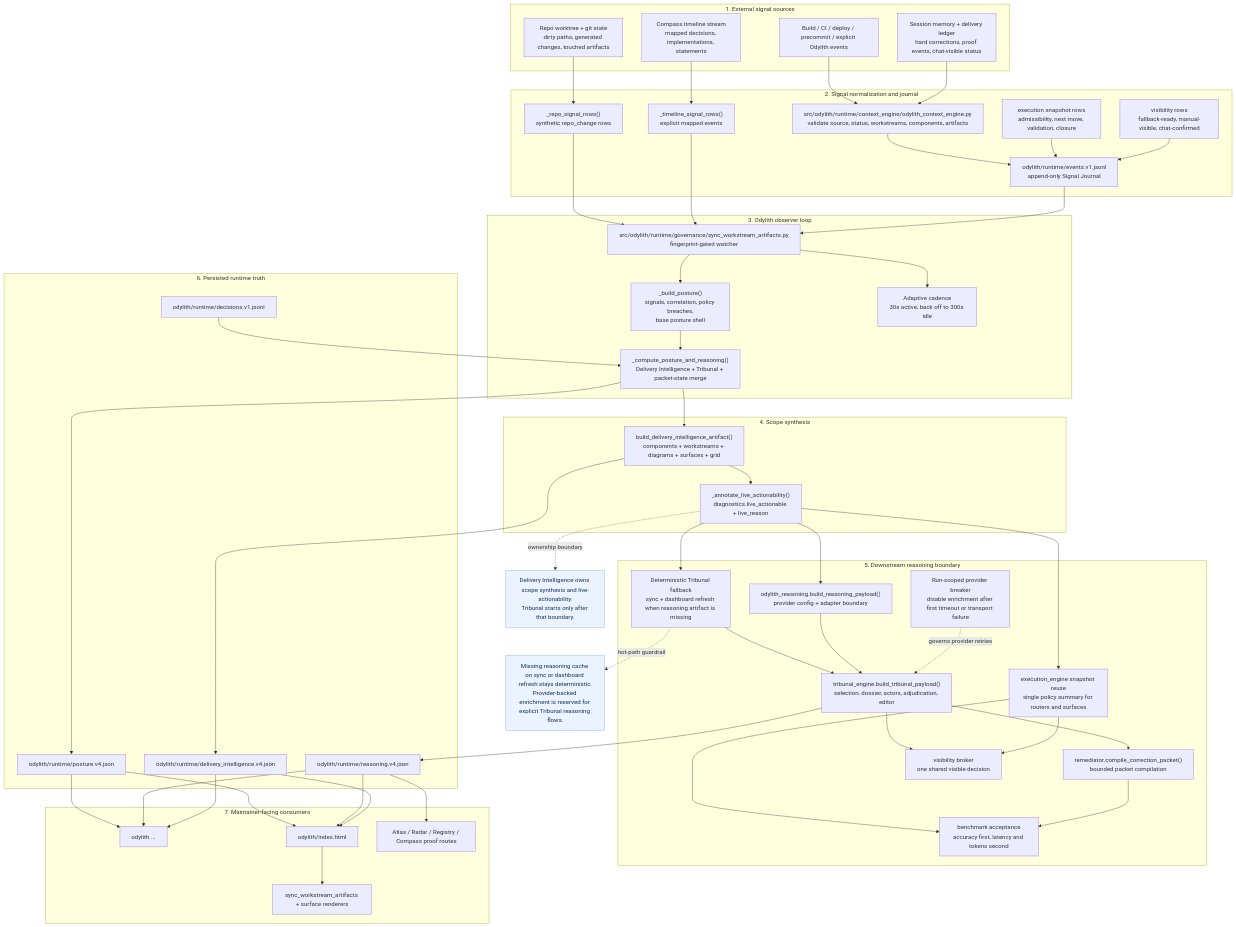
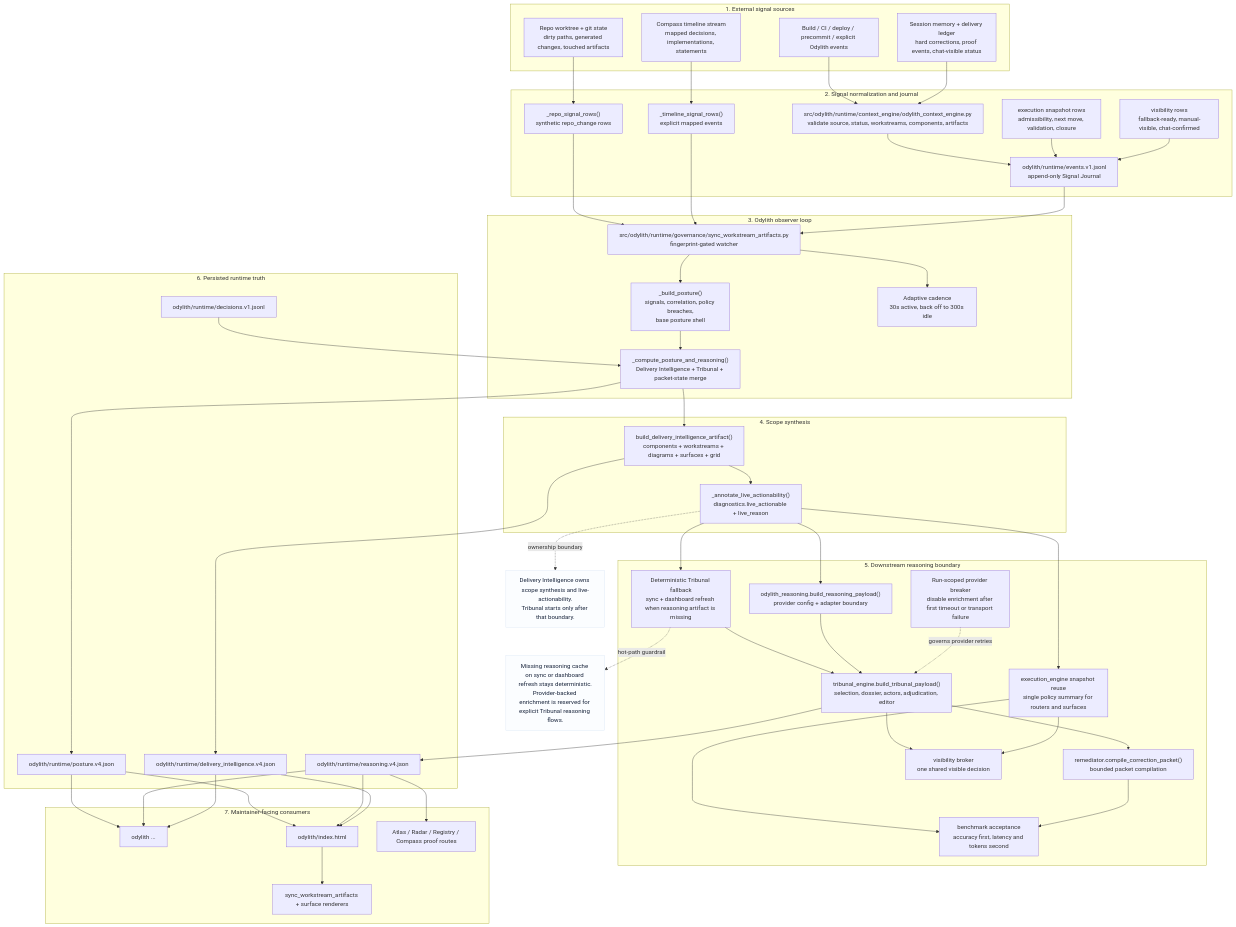
Before and after one commit to odylith/odylith: the diagram in odylith/atlas/source/odylith-delivery-intelligence-signal-journal-and-observer-pipeline.mmd, drawn with Mermaid. The commit also changed 115 other files, not shown here.

Commit message:
Apply semantic Atlas diagram palette

```diff
--- a/odylith/atlas/source/odylith-delivery-intelligence-signal-journal-and-observer-pipeline.mmd
+++ b/odylith/atlas/source/odylith-delivery-intelligence-signal-journal-and-observer-pipeline.mmd
@@ -1,104 +1,104 @@
 %% Reviewed 2026-04-17 for v0.1.11 to keep signal journaling aligned with Context Engine packet digests, Execution Engine snapshots, visibility ledgers, Tribunal/remediator reasoning, and benchmark proof without adding provider work to hot refresh.
 flowchart TB
   subgraph Sources["1. External signal sources"]
     Repo["Repo worktree + git state<br/>dirty paths, generated changes, touched artifacts"]
     Compass["Compass timeline stream<br/>mapped decisions, implementations, statements"]
     Runtime["Build / CI / deploy / precommit / explicit Odylith events"]
     Session["Session memory + delivery ledger<br/>hard corrections, proof events, chat-visible status"]
   end
 
   subgraph Journal["2. Signal normalization and journal"]
     RepoRows["_repo_signal_rows()<br/>synthetic repo_change rows"]
     TimelineRows["_timeline_signal_rows()<br/>explicit mapped events"]
     Logger["src/odylith/runtime/context_engine/odylith_context_engine.py<br/>validate source, status, workstreams, components, artifacts"]
     ExecutionRows["execution snapshot rows<br/>admissibility, next move, validation, closure"]
     VisibilityRows["visibility rows<br/>fallback-ready, manual-visible, chat-confirmed"]
     Events["odylith/runtime/events.v1.jsonl<br/>append-only Signal Journal"]
   end
 
   subgraph Observer["3. Odylith observer loop"]
     Watcher["src/odylith/runtime/governance/sync_workstream_artifacts.py<br/>fingerprint-gated watcher"]
     Posture["_build_posture()<br/>signals, correlation, policy breaches,<br/>base posture shell"]
     Cadence["Adaptive cadence<br/>30s active, back off to 300s idle"]
     Merge["_compute_posture_and_reasoning()<br/>Delivery Intelligence + Tribunal + packet-state merge"]
   end
 
   subgraph Delivery["4. Scope synthesis"]
     Artifact["build_delivery_intelligence_artifact()<br/>components + workstreams + diagrams + surfaces + grid"]
     Live["_annotate_live_actionability()<br/>diagnostics.live_actionable + live_reason"]
   end
 
   subgraph Tribunal["5. Downstream reasoning boundary"]
     Fallback["Deterministic Tribunal fallback<br/>sync + dashboard refresh when reasoning artifact is missing"]
     Adapter["odylith_reasoning.build_reasoning_payload()<br/>provider config + adapter boundary"]
     Engine["tribunal_engine.build_tribunal_payload()<br/>selection, dossier, actors, adjudication, editor"]
     Breaker["Run-scoped provider breaker<br/>disable enrichment after first timeout or transport failure"]
     Remediator["remediator.compile_correction_packet()<br/>bounded packet compilation"]
     Execution["execution_engine snapshot reuse<br/>single policy summary for routers and surfaces"]
     Visibility["visibility broker<br/>one shared visible decision"]
     Benchmark["benchmark acceptance<br/>accuracy first, latency and tokens second"]
   end
 
   subgraph RuntimeStore["6. Persisted runtime truth"]
     PostureFile["odylith/runtime/posture.v4.json"]
     ReasoningFile["odylith/runtime/reasoning.v4.json"]
     DeliveryFile["odylith/runtime/delivery_intelligence.v4.json"]
     DecisionLedger["odylith/runtime/decisions.v1.jsonl"]
   end
 
   subgraph Consumers["7. Maintainer-facing consumers"]
     CLI["odylith ..."]
     Dashboard["odylith/index.html"]
     Atlas["Atlas / Radar / Registry / Compass proof routes"]
     Sync["sync_workstream_artifacts + surface renderers"]
   end
 
   Repo --> RepoRows
   Compass --> TimelineRows
   Runtime --> Logger
   Session --> Logger
   Logger --> Events
   ExecutionRows --> Events
   VisibilityRows --> Events
 
   RepoRows --> Watcher
   TimelineRows --> Watcher
   Events --> Watcher
 
   Watcher --> Cadence
   Watcher --> Posture
   Posture --> Merge
   Merge --> Artifact
   Artifact --> Live
   Live --> Fallback
   Live --> Adapter
   Fallback --> Engine
   Adapter --> Engine
   Breaker -. governs provider retries .-> Engine
   Engine --> Remediator
   Live --> Execution
   Engine --> Visibility
   Execution --> Visibility
   Execution --> Benchmark
   Remediator --> Benchmark
 
   Artifact --> DeliveryFile
   Merge --> PostureFile
   Engine --> ReasoningFile
   DecisionLedger --> Merge
 
   PostureFile --> CLI
   ReasoningFile --> CLI
   DeliveryFile --> CLI
   PostureFile --> Dashboard
   ReasoningFile --> Dashboard
   DeliveryFile --> Dashboard
   ReasoningFile --> Atlas
   Dashboard --> Sync
 
   NoteA["Delivery Intelligence owns scope synthesis and live-actionability.<br/>Tribunal starts only after that boundary."]:::note
   NoteB["Missing reasoning cache on sync or dashboard refresh stays deterministic.<br/>Provider-backed enrichment is reserved for explicit Tribunal reasoning flows."]:::note
   Live -. ownership boundary .-> NoteA
   Fallback -. hot-path guardrail .-> NoteB
 
-  classDef note fill:#eaf3ff,stroke:#77a9ef,color:#102f5f;
+  classDef note fill:#FBFDFF,stroke:#D8E5F4,color:#17233A;
```
